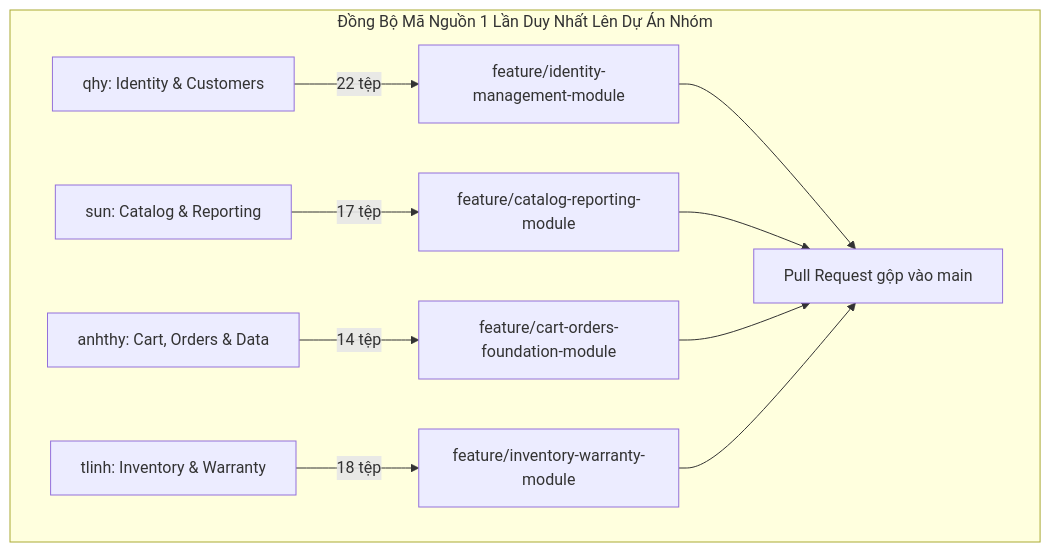
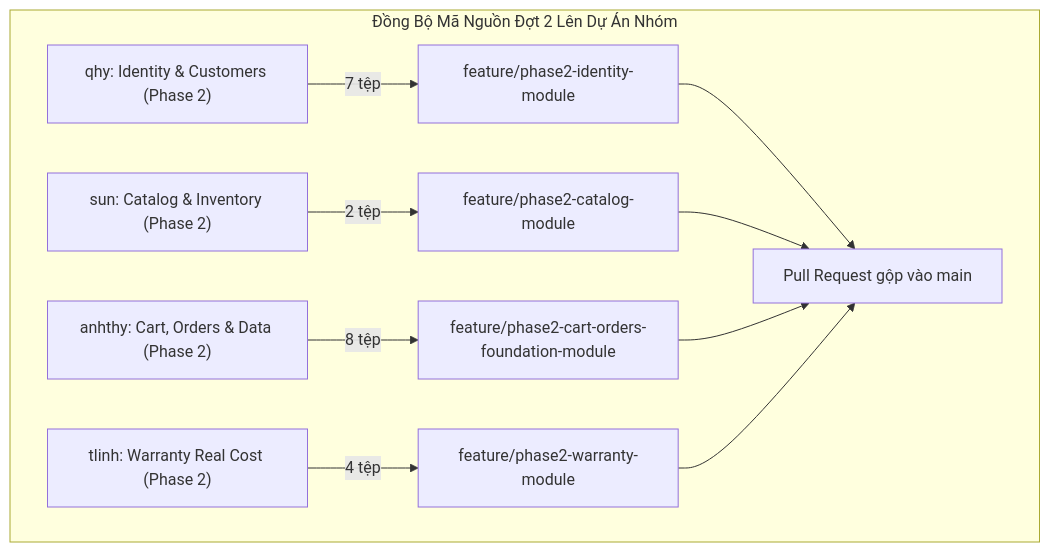
Before and after one commit to sunsun0209s/Blink_Blink_Jewelry_Personal: the diagram in scheduleCommit.md, drawn with Mermaid. The commit also changed other lines of this file and 2 other files, not shown here.

````diff
--- a/scheduleCommit.md
+++ b/scheduleCommit.md
@@ -89,13 +100,13 @@
 ```mermaid
 flowchart TD
-    subgraph SingleRun["Đồng Bộ Mã Nguồn 1 Lần Duy Nhất Lên Dự Án Nhóm"]
-        A["qhy: Identity & Customers"] -->|22 tệp| A_branch["feature/identity-management-module"]
-        B["sun: Catalog & Reporting"] -->|17 tệp| B_branch["feature/catalog-reporting-module"]
-        C["anhthy: Cart, Orders & Data"] -->|14 tệp| C_branch["feature/cart-orders-foundation-module"]
-        D["tlinh: Inventory & Warranty"] -->|18 tệp| D_branch["feature/inventory-warranty-module"]
+    subgraph Phase2Run["Đồng Bộ Mã Nguồn Đợt 2 Lên Dự Án Nhóm"]
+        A["qhy: Identity & Customers (Phase 2)"] -->|7 tệp| A_branch["feature/phase2-identity-module"]
+        B["sun: Catalog & Inventory (Phase 2)"] -->|2 tệp| B_branch["feature/phase2-catalog-module"]
+        C["anhthy: Cart, Orders & Data (Phase 2)"] -->|8 tệp| C_branch["feature/phase2-cart-orders-foundation-module"]
+        D["tlinh: Warranty Real Cost (Phase 2)"] -->|4 tệp| D_branch["feature/phase2-warranty-module"]
         A_branch --> PR["Pull Request gộp vào main"]
         B_branch --> PR
         C_branch --> PR
         D_branch --> PR
     end
 ```
````
